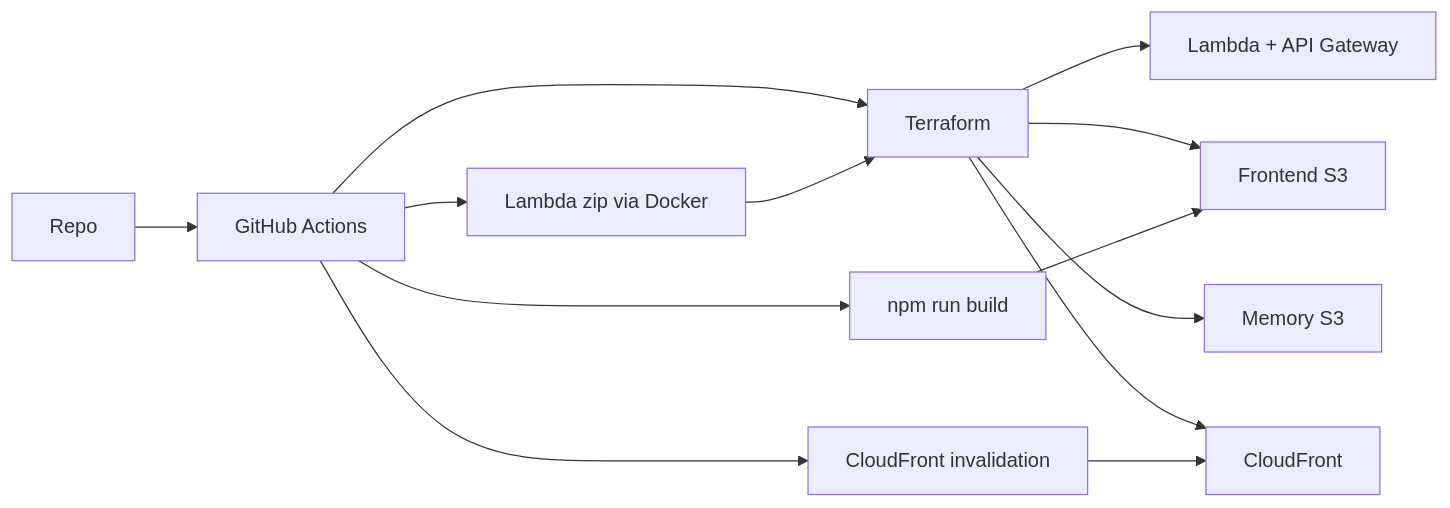
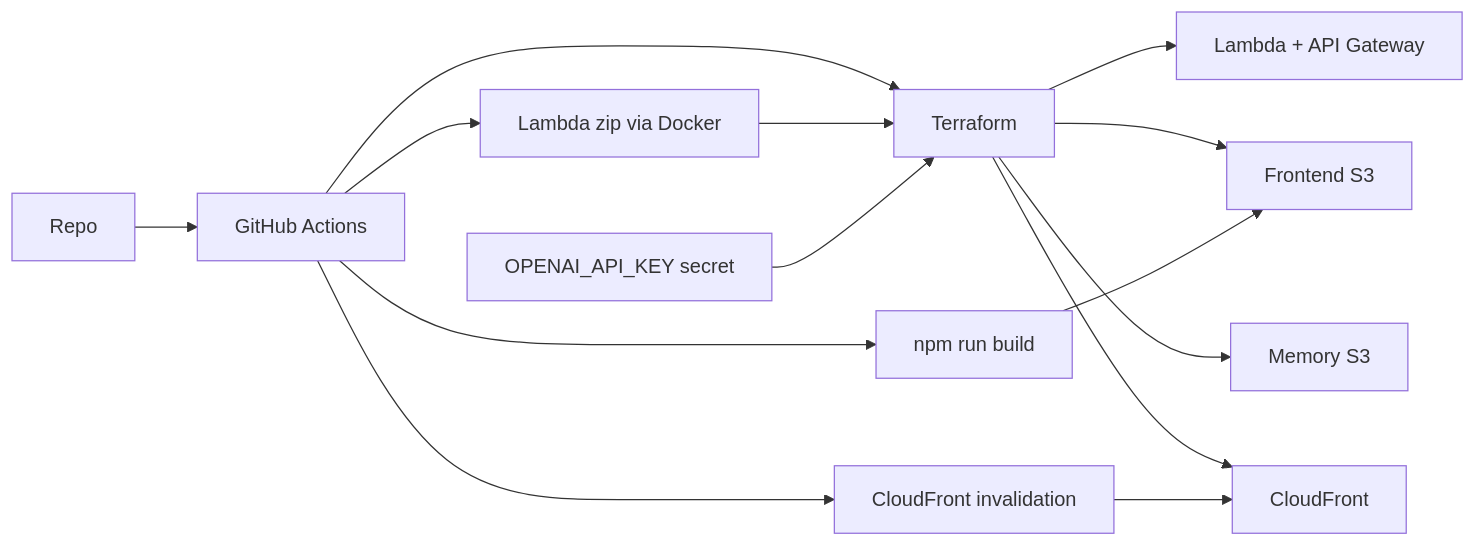
The fourth of 4 diagrams in architecture-diagram.md (bholasek2010/python-twin-fastapi-bedrock), drawn with Mermaid before and after one commit. The commit also changed other lines of this file and 7 other files, not shown here.

````diff
--- a/architecture-diagram.md
+++ b/architecture-diagram.md
@@ -203,21 +130,22 @@
 ```mermaid
 ---
 config:
   theme: default
   themeVariables:
     background: "#ffffff"
 ---
 flowchart LR
     repo[Repo] --> gha[GitHub Actions]
     gha --> zip[Lambda zip via Docker]
     gha --> tf[Terraform]
     zip --> tf
+    key["OPENAI_API_KEY secret"] --> tf
     tf --> lambda[Lambda + API Gateway]
     tf --> febucket[Frontend S3]
     tf --> membucket[Memory S3]
     tf --> cf[CloudFront]
     gha --> build["npm run build"]
     build --> febucket
     gha --> inv[CloudFront invalidation]
     inv --> cf
 ```
````
